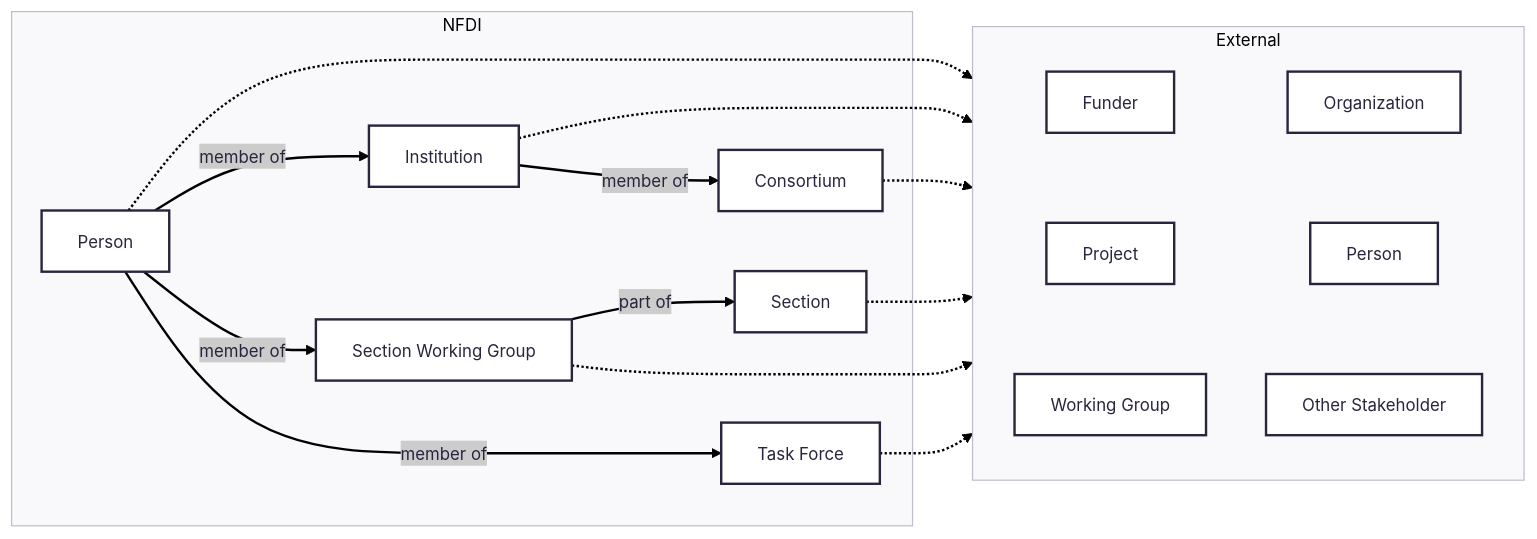
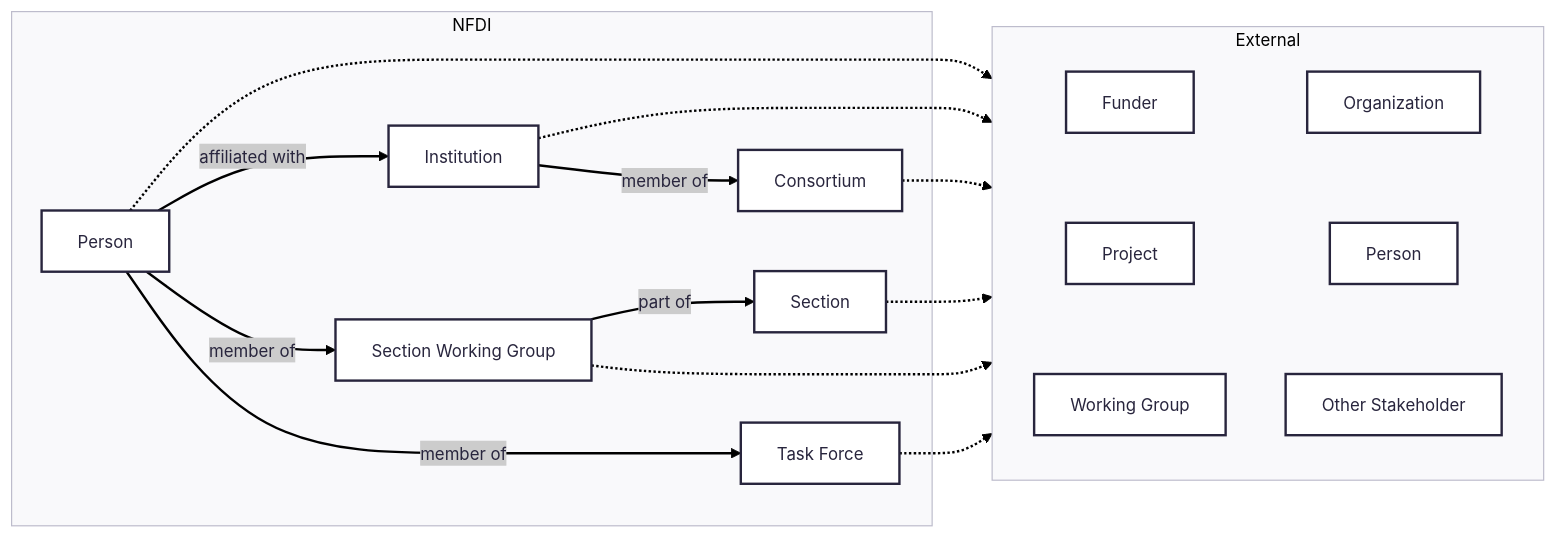
The diagram in README.md (nfdi-de/section-int-wg-landscape), drawn with Mermaid before and after one commit.

````diff
--- a/README.md
+++ b/README.md
@@ -19,33 +19,33 @@
 ```mermaid
 ---
 config:
       theme: redux
 ---
 graph LR
 
     internalPerson[Person] -.-> external
     internalInstitution[Institution] -.->  external
     internalConsortium[Consortium] -.-> external
     internalSection[Section] -.-> external
     internalWG[Section Working Group] -.-> external
     internalTF[Task Force] -.-> external
 
     subgraph external [External]
         funder[Funder]
         project[Project]
         workingGroup[Working Group]
         organization[Organization]
         externalPerson[Person]
         externalOther[Other Stakeholder]
 
         funder ~~~ project ~~~ workingGroup
         organization ~~~ externalPerson ~~~ externalOther
 
     end
 
     subgraph internal [NFDI]
-        internalPerson -- member of --> internalInstitution -- member of --> internalConsortium
+        internalPerson -- affiliated with --> internalInstitution -- member of --> internalConsortium
         internalPerson -- member of --> internalWG -- part of --> internalSection
         internalPerson -- member of --> internalTF
     end
 ```
````
